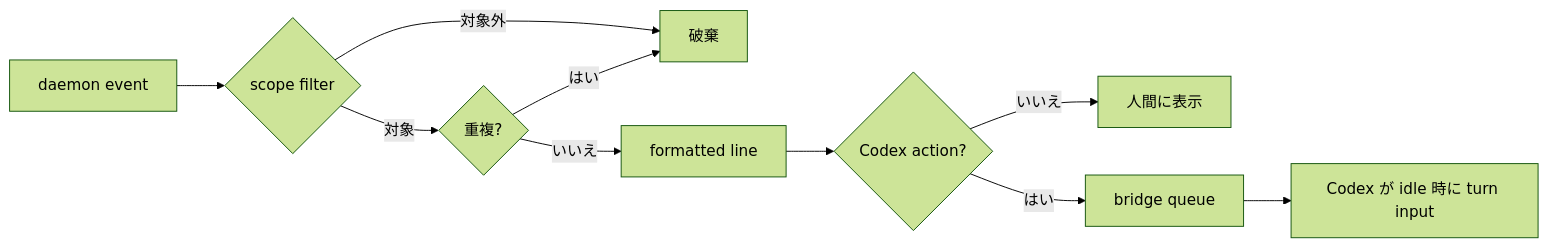
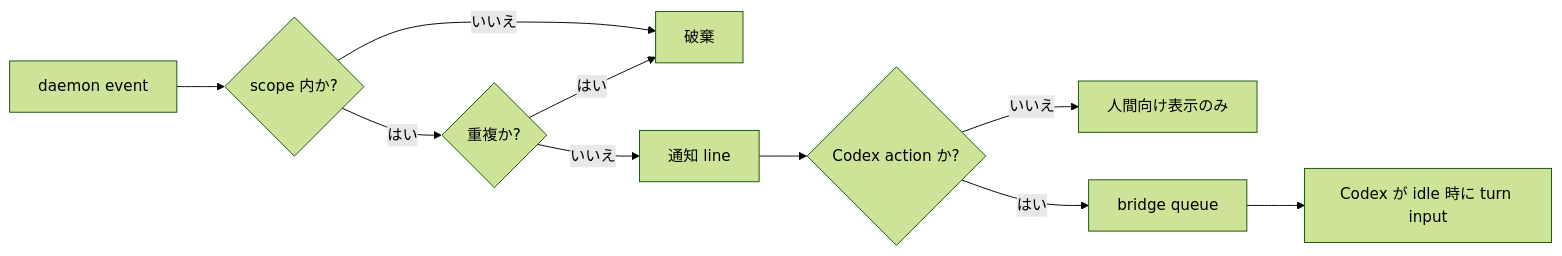
The second of 2 diagrams in doc/continuous-execution.md (michiomochi/atct), drawn with Mermaid (forest theme) before and after one commit. The commit also changed other lines of this file, not shown here.

````diff
--- a/doc/continuous-execution.md
+++ b/doc/continuous-execution.md
@@ -189,12 +147,12 @@
 ```mermaid
 flowchart LR
-    D[daemon event] --> F{scope filter}
-    F -->|対象外| X[破棄]
-    F -->|対象| U{重複?}
-    U -->|はい| X
-    U -->|いいえ| L[formatted line]
-    L --> Q{Codex action?}
-    Q -->|いいえ| N[人間に表示]
-    Q -->|はい| B[bridge queue]
-    B --> I[Codex が idle 時に turn input]
+    E[daemon event] --> F{scope 内か?}
+    F -->|いいえ| X[破棄]
+    F -->|はい| D{重複か?}
+    D -->|はい| X
+    D -->|いいえ| L[通知 line]
+    L --> A{Codex action か?}
+    A -->|いいえ| H[人間向け表示のみ]
+    A -->|はい| Q[bridge queue]
+    Q --> T[Codex が idle 時に turn input]
 ```
````
